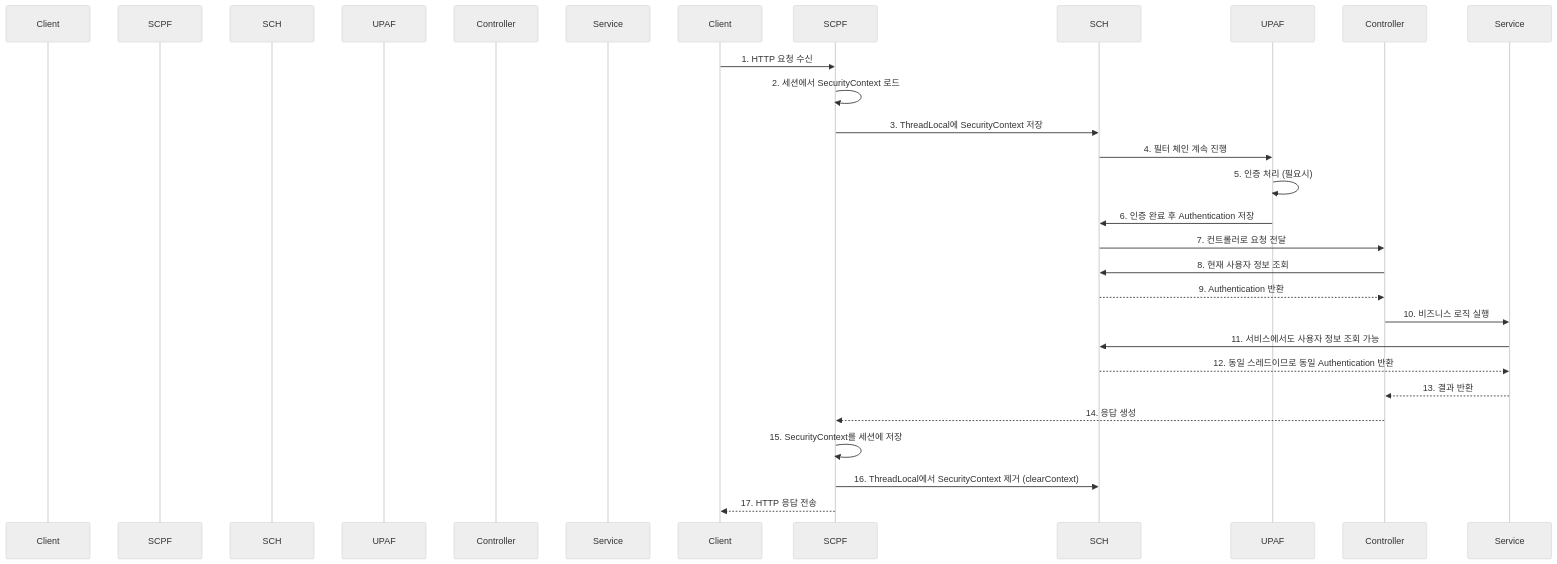
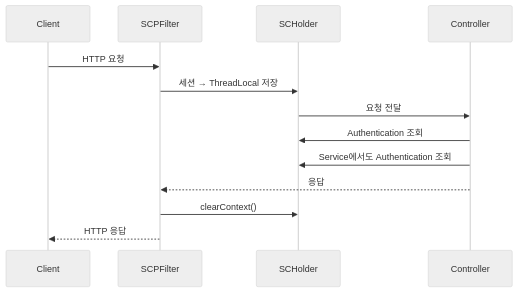
One commit to yjkim2015/yjkim2015.github.io changed the second of 2 diagrams in _posts/security/2021-05-25-SecurityContextHolder, SecurityContext.md. Above: the diagram before and after it, drawn with Mermaid (neutral theme). The commit also changed 215 other files, not shown here.

First line of the commit message:
신규 포스트 10개 추가 + Mermaid 전면 축소 + SystemDesign 시리즈 보강

````diff
--- a/_posts/security/2021-05-25-SecurityContextHolder, SecurityContext.md
+++ b/_posts/security/2021-05-25-SecurityContextHolder, SecurityContext.md
@@ -119,27 +119,15 @@
 ```mermaid
 sequenceDiagram
-    participant "클라이언트" as Client
-    participant "SecurityContextPersistenceFilter" as SCPF
-    participant "SecurityContextHolder" as SCH
-    participant "UsernamePasswordAuthFilter" as UPAF
-    participant "컨트롤러" as Controller
-    participant "서비스" as Service
-
-    Client->>SCPF: 1. HTTP 요청 수신
-    SCPF->>SCPF: 2. 세션에서 SecurityContext 로드
-    SCPF->>SCH: 3. ThreadLocal에 SecurityContext 저장
-    SCH->>UPAF: 4. 필터 체인 계속 진행
-    UPAF->>UPAF: 5. 인증 처리 (필요시)
-    UPAF->>SCH: 6. 인증 완료 후 Authentication 저장
-    SCH->>Controller: 7. 컨트롤러로 요청 전달
-    Controller->>SCH: 8. 현재 사용자 정보 조회
-    SCH-->>Controller: 9. Authentication 반환
-    Controller->>Service: 10. 비즈니스 로직 실행
-    Service->>SCH: 11. 서비스에서도 사용자 정보 조회 가능
-    SCH-->>Service: 12. 동일 스레드이므로 동일 Authentication 반환
-    Service-->>Controller: 13. 결과 반환
-    Controller-->>SCPF: 14. 응답 생성
-    SCPF->>SCPF: 15. SecurityContext를 세션에 저장
-    SCPF->>SCH: 16. ThreadLocal에서 SecurityContext 제거 (clearContext)
-    SCPF-->>Client: 17. HTTP 응답 전송
+    participant Client
+    participant SCPF as SCPFilter
+    participant SCH as SCHolder
+    participant Controller
+    Client->>SCPF: HTTP 요청
+    SCPF->>SCH: 세션 → ThreadLocal 저장
+    SCH->>Controller: 요청 전달
+    Controller->>SCH: Authentication 조회
+    Controller->>SCH: Service에서도 Authentication 조회
+    Controller-->>SCPF: 응답
+    SCPF->>SCH: clearContext()
+    SCPF-->>Client: HTTP 응답
 ```
````
